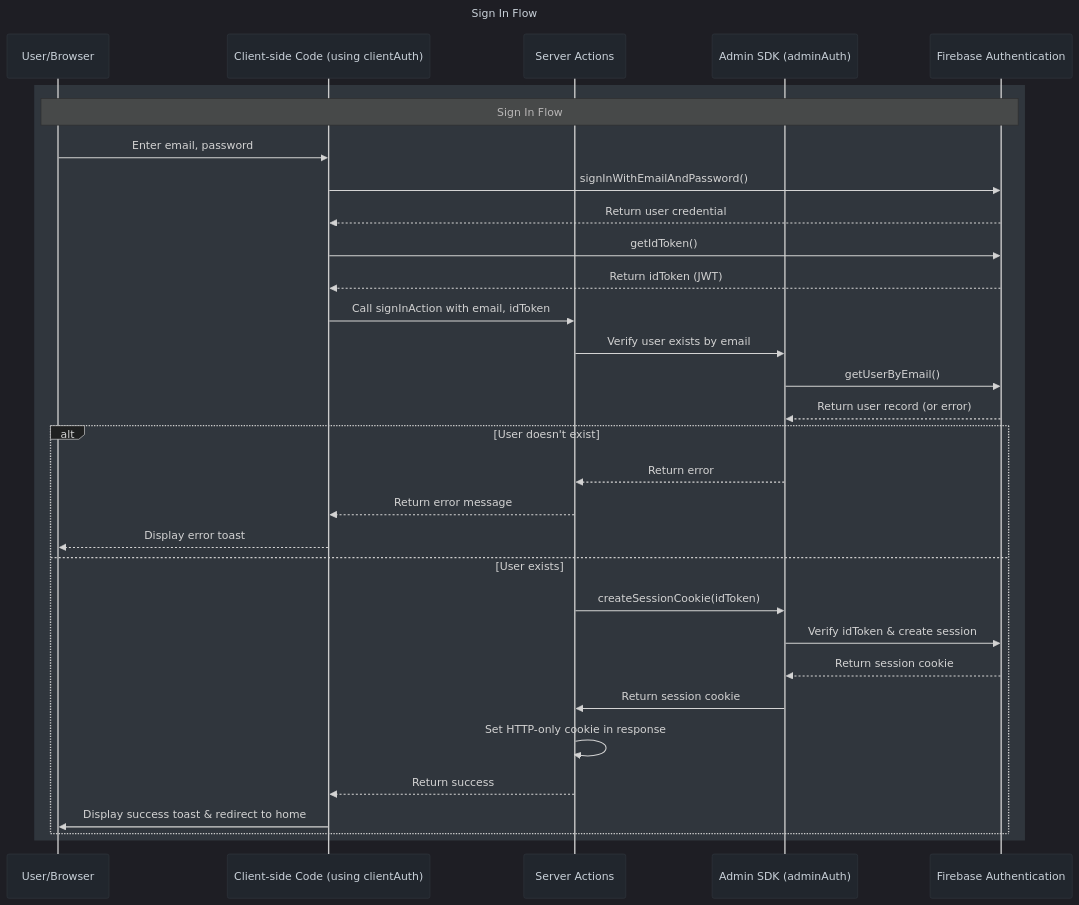
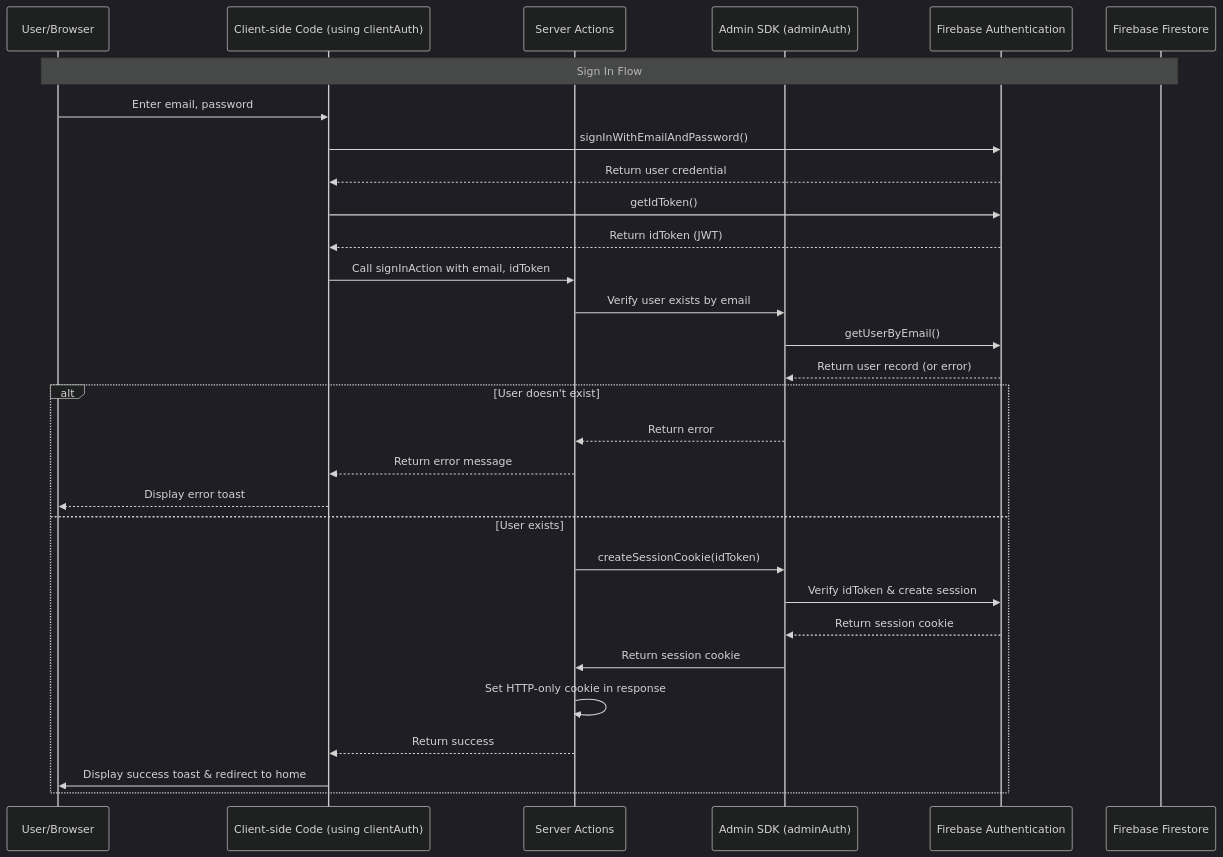
Before and after one commit to KeepSerene/vox-navi-ai-interview-prep-next-app: the second of 3 diagrams in README.md, drawn with Mermaid. The commit also changed other lines of this file, not shown here.

Commit message:
changed the mermaid diagram color palette

````diff
--- a/README.md
+++ b/README.md
@@ -193,49 +179,36 @@
 ```mermaid
-%%{init: {'theme': 'dark', 'themeVariables': {
-    'background': '#0d1117',
-    'primaryColor': '#161b22',
-    'secondaryColor': '#21262d',
-    'tertiaryColor': '#30363d',
-    'lineColor': '#c9d1d9',
-    'textColor': '#c9d1d9',
-    'actorBkg': '#21262d',
-    'actorBorder': '#30363d',
-    'actorTextColor': '#c9d1d9',
-    'messageTextColor': '#c9d1d9'
-}}}%%
+%%{init: {'theme': 'dark', 'themeVariables': { 'darkMode': true, 'background': '#0d1117', 'primaryColor': '#30363d', 'primaryTextColor': '#e6edf3', 'primaryBorderColor': '#30363d', 'lineColor': '#8b949e', 'secondaryColor': '#161b22', 'tertiaryColor': '#161b22' }}}%%
 sequenceDiagram
-title Sign In Flow
-participant User as User/Browser
-participant Client as Client-side Code (using clientAuth)
-participant ServerAction as Server Actions
-participant AdminSDK as Admin SDK (adminAuth)
-participant FirebaseAuth as Firebase Authentication
+    participant User as User/Browser
+    participant Client as Client-side Code (using clientAuth)
+    participant ServerAction as Server Actions
+    participant AdminSDK as Admin SDK (adminAuth)
+    participant FirebaseAuth as Firebase Authentication
+    participant FirebaseDB as Firebase Firestore
 
-rect #161b22
-    Note over User, FirebaseAuth: Sign In Flow
+    Note over User, FirebaseDB: Sign In Flow
     User->>Client: Enter email, password
     Client->>FirebaseAuth: signInWithEmailAndPassword()
     FirebaseAuth-->>Client: Return user credential
     Client->>FirebaseAuth: getIdToken()
     FirebaseAuth-->>Client: Return idToken (JWT)
     Client->>ServerAction: Call signInAction with email, idToken
     ServerAction->>AdminSDK: Verify user exists by email
     AdminSDK->>FirebaseAuth: getUserByEmail()
     FirebaseAuth-->>AdminSDK: Return user record (or error)
 
     alt User doesn't exist
         AdminSDK-->>ServerAction: Return error
         ServerAction-->>Client: Return error message
         Client-->>User: Display error toast
     else User exists
         ServerAction->>AdminSDK: createSessionCookie(idToken)
         AdminSDK->>FirebaseAuth: Verify idToken & create session
         FirebaseAuth-->>AdminSDK: Return session cookie
         AdminSDK->>ServerAction: Return session cookie
         ServerAction->>ServerAction: Set HTTP-only cookie in response
         ServerAction-->>Client: Return success
         Client->>User: Display success toast & redirect to home
     end
-end
 
 ```
````
